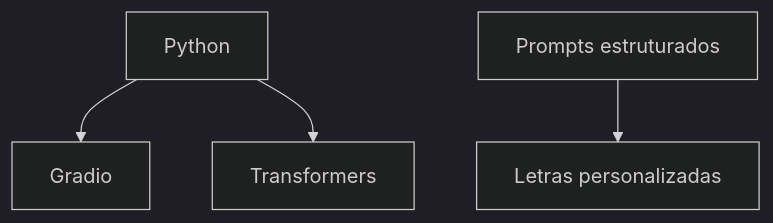
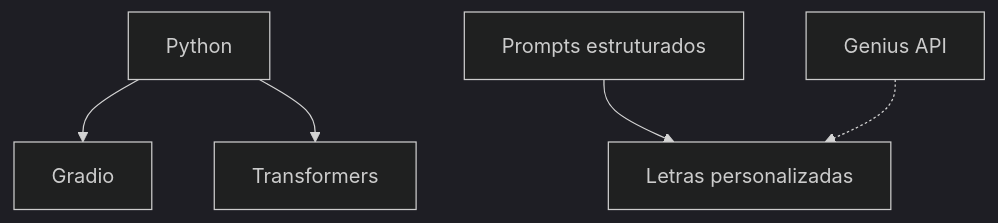
The first of 2 diagrams in README.md (anaraquel00/rock-composer-ai), drawn with Mermaid (dark theme) before and after one commit. The commit also changed other lines of this file, not shown here.

````diff
--- a/README.md
+++ b/README.md
@@ -21,6 +24,7 @@
 ```mermaid
 flowchart TB
     A[Python] --> B[Gradio]
     A --> C[Transformers]
     D[Prompts estruturados] --> E[Letras personalizadas]
-```    
+    F[Genius API] -.-> E
+```
````
